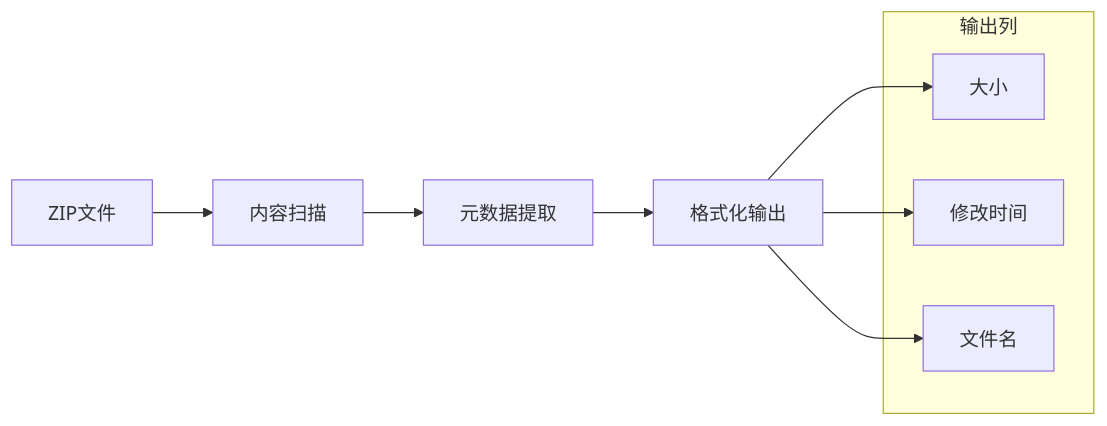
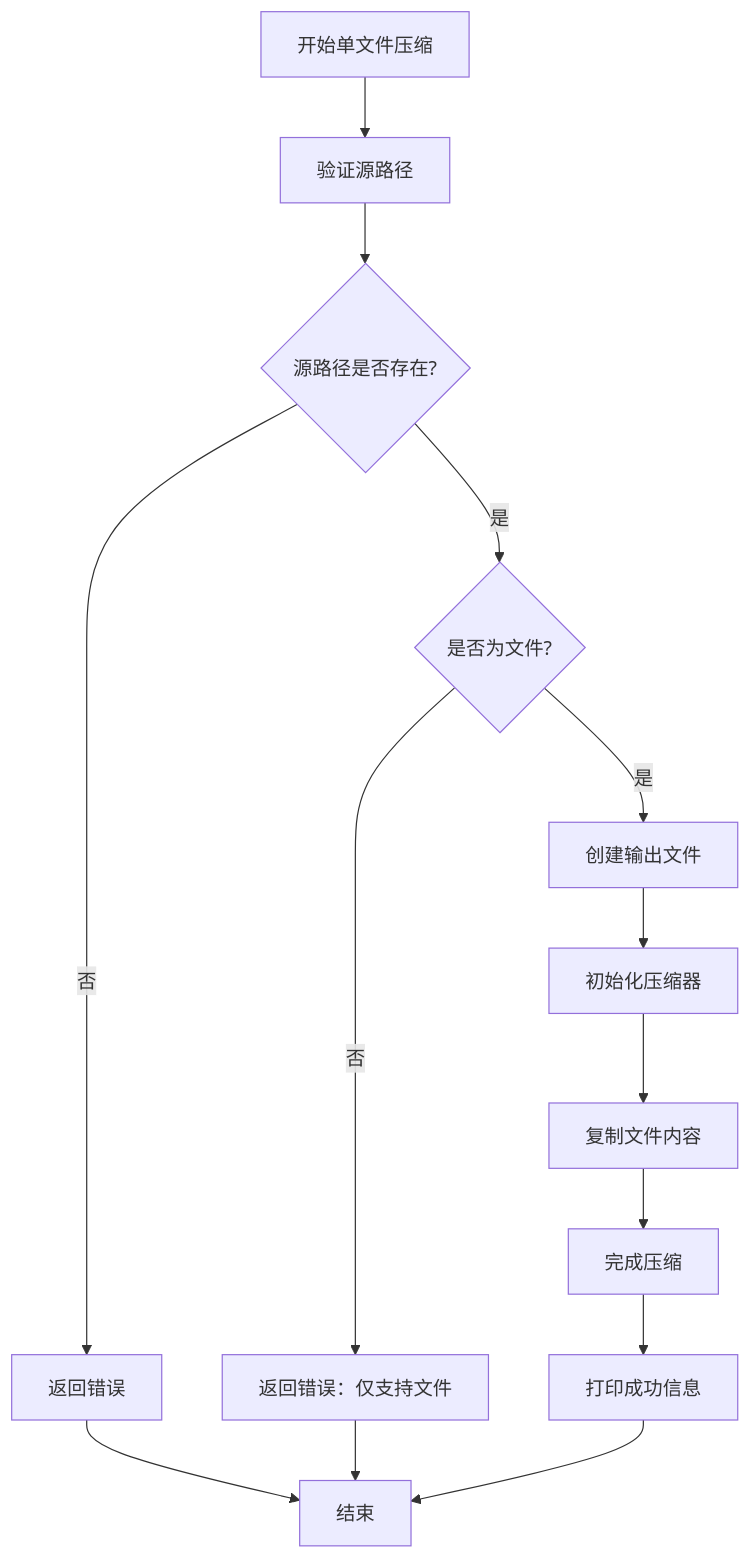
The seventh of 11 diagrams in .qoder/repowiki/zh/content/核心功能实现/核心功能实现.md (zhangjiacai-hub/myArchive), drawn with Mermaid before and after one commit. The commit also changed other lines of this file and 6 other files, not shown here.

````diff
--- a/.qoder/repowiki/zh/content/核心功能实现/核心功能实现.md
+++ b/.qoder/repowiki/zh/content/核心功能实现/核心功能实现.md
@@ -283,14 +422,16 @@
 ```mermaid
-graph LR
-A[ZIP文件] --> B[内容扫描]
-B --> C[元数据提取]
-C --> D[格式化输出]
-subgraph "输出列"
-E[大小]
-F[修改时间]
-G[文件名]
-end
-D --> E
-D --> F
-D --> G
+flowchart TD
+A[开始单文件压缩] --> B[验证源路径]
+B --> C{源路径是否存在?}
+C --> |否| D[返回错误]
+C --> |是| E{是否为文件?}
+E --> |否| F[返回错误：仅支持文件]
+E --> |是| G[创建输出文件]
+G --> H[初始化压缩器]
+H --> I[复制文件内容]
+I --> J[完成压缩]
+J --> K[打印成功信息]
+D --> L[结束]
+F --> L
+K --> L
 ```
````
